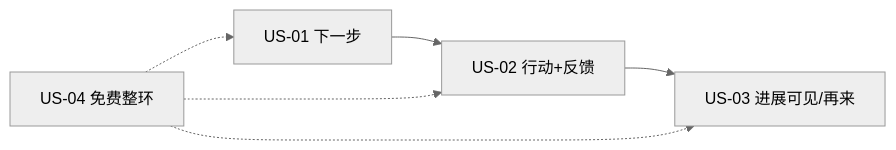
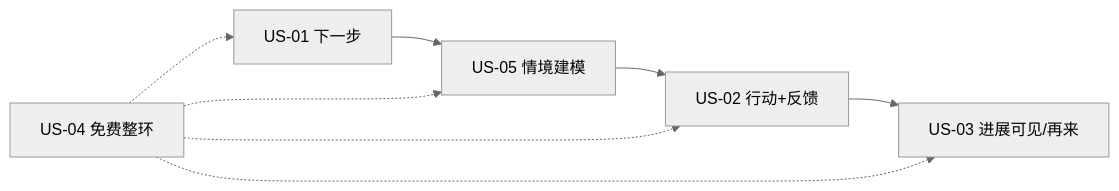
The diagram in docs/03_Product/PRD/User_Stories.md (LeapMaCoder/ai-engineer-os), drawn with Mermaid (neutral theme) before and after one commit. The commit also changed other lines of this file and 19 other files, not shown here.

````diff
--- a/docs/03_Product/PRD/User_Stories.md
+++ b/docs/03_Product/PRD/User_Stories.md
@@ -89,8 +105,10 @@
 ```mermaid
 flowchart LR
-  US01[US-01 下一步] --> US02[US-02 行动+反馈]
+  US01[US-01 下一步] --> US05[US-05 情境建模]
+  US05 --> US02[US-02 行动+反馈]
   US02 --> US03[US-03 进展可见/再来]
   US04[US-04 免费整环] -.-> US01
+  US04 -.-> US05
   US04 -.-> US02
   US04 -.-> US03
 ```
````
